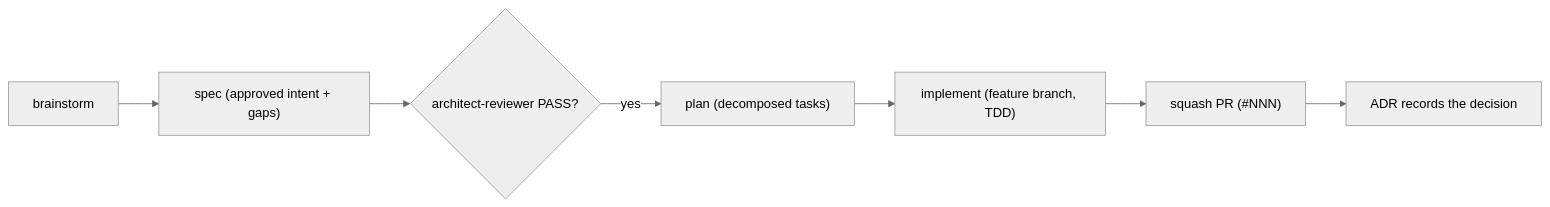
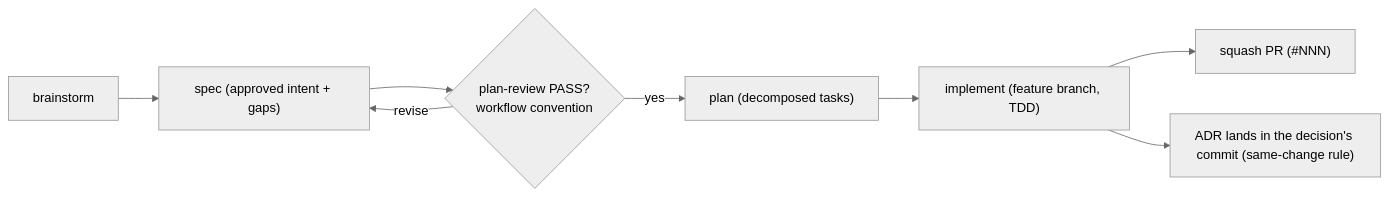
Before and after one commit to erikunha/portfolio: the second of 2 diagrams in docs/handbook/knowledge-architecture.md, drawn with Mermaid (neutral theme). The commit also changed other lines of this file and 1307 other files, not shown here.

````diff
--- a/docs/handbook/knowledge-architecture.md
+++ b/docs/handbook/knowledge-architecture.md
@@ -69,9 +68,10 @@
 ```mermaid
 flowchart LR
     brainstorm["brainstorm"] --> spec["spec (approved intent + gaps)"]
-    spec --> gate{"architect-reviewer PASS?"}
+    spec --> gate{"plan-review PASS?<br/>workflow convention"}
+    gate -->|revise| spec
     gate -->|yes| plan["plan (decomposed tasks)"]
     plan --> impl["implement (feature branch, TDD)"]
     impl --> pr["squash PR (#NNN)"]
-    pr --> adr["ADR records the decision"]
+    impl --> adr["ADR lands in the decision's commit (same-change rule)"]
 ```
````
